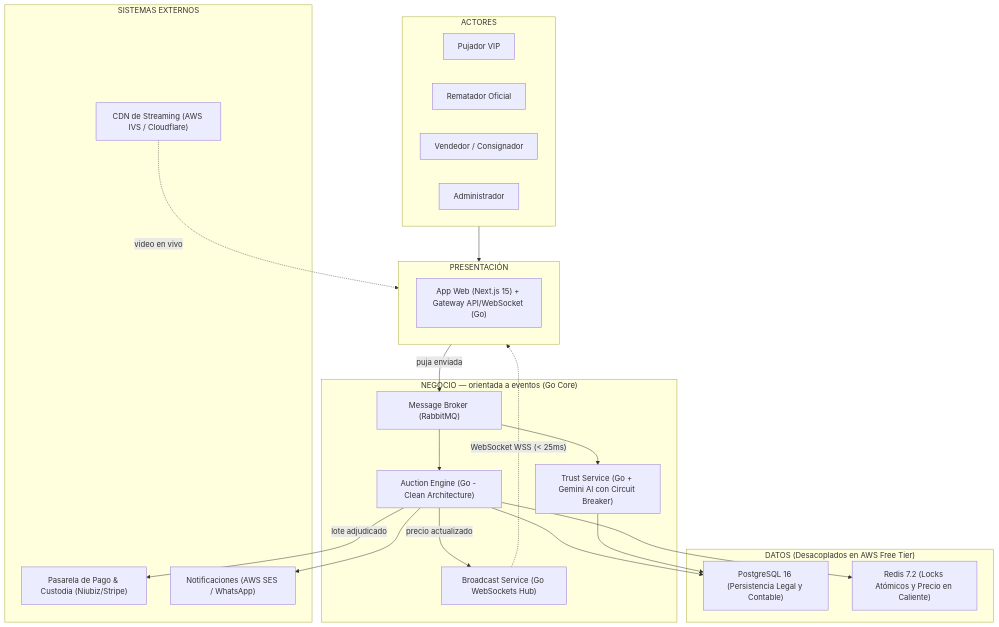
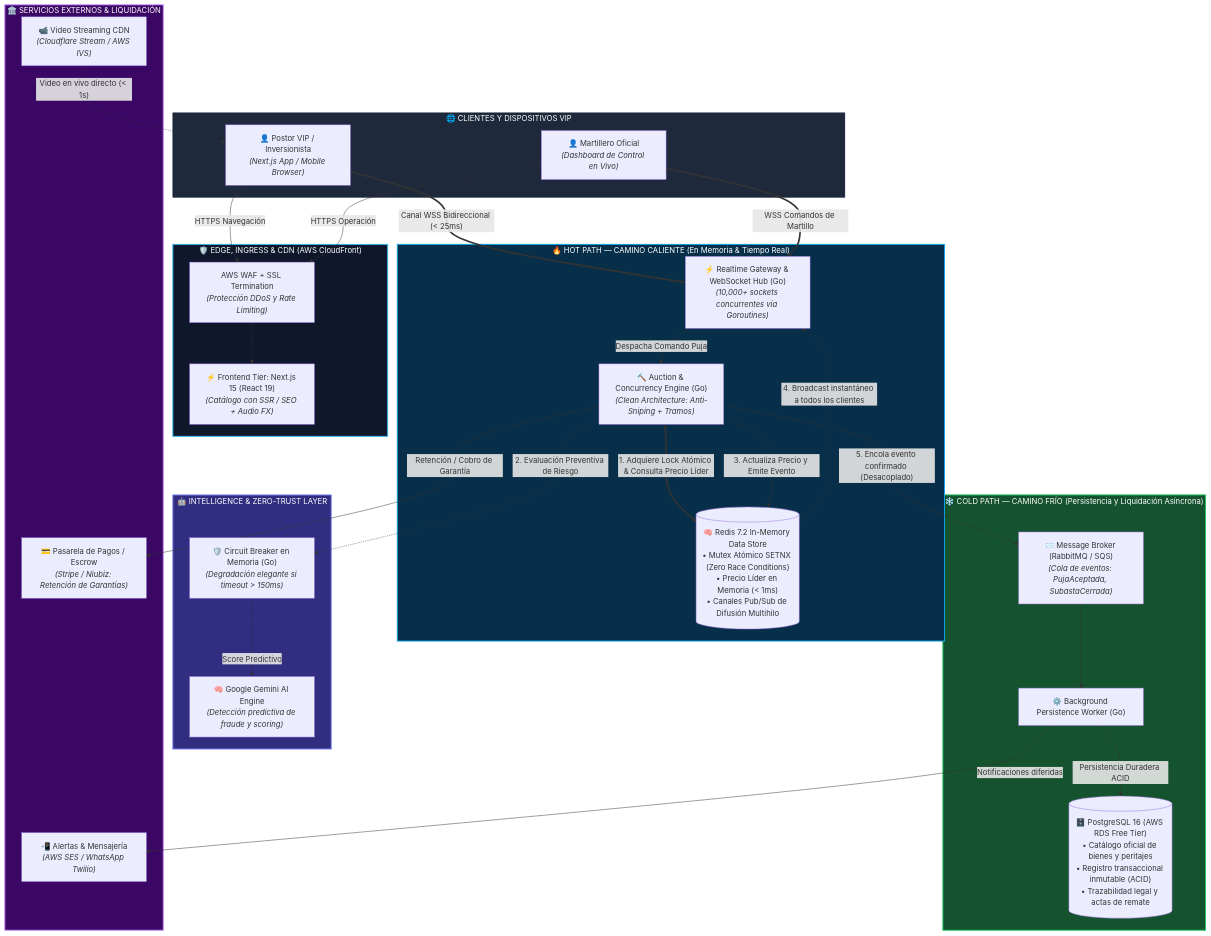
The diagram in docs/02-arquitectura-software/arquitectura-inicial.md (fxrl01/PlataformaSubastas-arquitSoft-02-Fernando), drawn with Mermaid before and after one commit. The commit also changed other lines of this file, not shown here.

Commit message:
docs(arch): redisenar arquitectura con topologia startup de alto rendimiento, Hot/Cold Path y AWS Edge

````diff
--- a/docs/02-arquitectura-software/arquitectura-inicial.md
+++ b/docs/02-arquitectura-software/arquitectura-inicial.md
@@ -18,62 +20,85 @@
 ```mermaid
 flowchart TD
     %% =========================
-    %% ACTORES
+    %% CLIENTES Y DISPOSITIVOS
     %% =========================
-    subgraph ACTORES["ACTORES"]
-        Pujador["Pujador VIP"]
-        Rematador["Rematador Oficial"]
-        Vendedor["Vendedor / Consignador"]
-        Admin["Administrador"]
+    subgraph CLIENTS["🌐 CLIENTES Y DISPOSITIVOS VIP"]
+        Bidder["👤 Postor VIP / Inversionista<br><i>(Next.js App / Mobile Browser)</i>"]
+        Auctioneer["👤 Martillero Oficial<br><i>(Dashboard de Control en Vivo)</i>"]
     end
 
     %% =========================
-    %% PRESENTACIÓN
+    %% PERÍMETRO Y EDGE (AWS)
     %% =========================
-    subgraph PRESENTACION["PRESENTACIÓN"]
-        Web["App Web (Next.js 15) + Gateway API/WebSocket (Go)"]
+    subgraph EDGE_LAYER["🛡️ EDGE, INGRESS & CDN (AWS CloudFront)"]
+        WAF["AWS WAF + SSL Termination<br><i>(Protección DDoS y Rate Limiting)</i>"]
+        NextSSR["⚡ Frontend Tier: Next.js 15 (React 19)<br><i>(Catálogo con SSR / SEO + Audio FX)</i>"]
     end
 
     %% =========================
-    %% NEGOCIO (orientada a eventos)
+    %% HOT PATH (TIEMPO REAL < 25ms)
     %% =========================
-    subgraph NEGOCIO["NEGOCIO — orientada a eventos (Go Core)"]
-        Broker["Message Broker (RabbitMQ)"]
-        AuctionEngine["Auction Engine (Go - Clean Architecture)"]
-        TrustService["Trust Service (Go + Gemini AI con Circuit Breaker)"]
-        Broadcast["Broadcast Service (Go WebSockets Hub)"]
+    subgraph HOT_PATH["🔥 HOT PATH — CAMINO CALIENTE (En Memoria & Tiempo Real)"]
+        WSHub["⚡ Realtime Gateway & WebSocket Hub (Go)<br><i>(10,000+ sockets concurrentes vía Goroutines)</i>"]
+        Engine["🔨 Auction & Concurrency Engine (Go)<br><i>(Clean Architecture: Anti-Sniping + Tramos)</i>"]
+        RedisCluster[("🧠 Redis 7.2 In-Memory Data Store<br>• Mutex Atómico SETNX (Zero Race Conditions)<br>• Precio Líder en Memoria (< 1ms)<br>• Canales Pub/Sub de Difusión Multihilo")]
     end
 
     %% =========================
-    %% DATOS
+    %% INTELLIGENCE & TRUST TIER
     %% =========================
-    subgraph DATOS["DATOS (Desacoplados en AWS Free Tier)"]
-        Postgres["PostgreSQL 16 (Persistencia Legal y Contable)"]
-        Redis["Redis 7.2 (Locks Atómicos y Precio en Caliente)"]
+    subgraph AI_TRUST["🤖 INTELLIGENCE & ZERO-TRUST LAYER"]
+        CircuitBreaker["🛡️ Circuit Breaker en Memoria (Go)<br><i>(Degradación elegante si timeout > 150ms)</i>"]
+        GeminiAI["🧠 Google Gemini AI Engine<br><i>(Detección predictiva de fraude y scoring)</i>"]
     end
 
     %% =========================
-    %% SISTEMAS EXTERNOS
+    %% COLD PATH (DURABILIDAD Y AUDITORÍA)
     %% =========================
-    subgraph EXTERNOS["SISTEMAS EXTERNOS"]
-        Pago["Pasarela de Pago & Custodia (Niubiz/Stripe)"]
-        CDN["CDN de Streaming (AWS IVS / Cloudflare)"]
-        Notif["Notificaciones (AWS SES / WhatsApp)"]
+    subgraph COLD_PATH["❄️ COLD PATH — CAMINO FRÍO (Persistencia y Liquidación Asíncrona)"]
+        Broker["📨 Message Broker (RabbitMQ / SQS)<br><i>(Cola de eventos: PujaAceptada, SubastaCerrada)</i>"]
+        AsyncWorker["⚙️ Background Persistence Worker (Go)"]
+        PostgresDB[("🗄️ PostgreSQL 16 (AWS RDS Free Tier)<br>• Catálogo oficial de bienes y peritajes<br>• Registro transaccional inmutable (ACID)<br>• Trazabilidad legal y actas de remate")]
     end
 
     %% =========================
-    %% FLUJO PRINCIPAL
+    %% INTEGRACIONES EXTERNAS
     %% =========================
-    ACTORES --> PRESENTACION
-    PRESENTACION -->|"puja enviada"| Broker
-    Broker --> AuctionEngine
-    Broker --> TrustService
-    AuctionEngine -->|"precio actualizado"| Broadcast
-    Broadcast -.->|"WebSocket WSS (< 25ms)"| PRESENTACION
-    AuctionEngine --> Postgres
-    AuctionEngine --> Redis
-    TrustService --> Postgres
-    AuctionEngine -->|"lote adjudicado"| Pago
-    AuctionEngine --> Notif
-    CDN -.->|"video en vivo"| PRESENTACION
+    subgraph EXTERNAL["🏛️ SERVICIOS EXTERNOS & LIQUIDACIÓN"]
+        PaymentEscrow["💳 Pasarela de Pagos / Escrow<br><i>(Stripe / Niubiz: Retención de Garantías)</i>"]
+        VideoCDN["📹 Video Streaming CDN<br><i>(Cloudflare Stream / AWS IVS)</i>"]
+        Notif["📲 Alertas & Mensajería<br><i>(AWS SES / WhatsApp Twilio)</i>"]
+    end
+
+    %% CONEXIONES Y FLUJOS
+    Bidder -->|"HTTPS Navegación"| WAF
+    Auctioneer -->|"HTTPS Operación"| WAF
+    WAF --> NextSSR
+    VideoCDN -.->|"Video en vivo directo (< 1s)"| Bidder
+
+    Bidder ==>|"Canal WSS Bidireccional (< 25ms)"| WSHub
+    Auctioneer ==>|"WSS Comandos de Martillo"| WSHub
+
+    WSHub -->|"Despacha Comando Puja"| Engine
+    Engine <==>|"1. Adquiere Lock Atómico & Consulta Precio Líder"| RedisCluster
+    Engine -.->|"2. Evaluación Preventiva de Riesgo"| CircuitBreaker
+    CircuitBreaker -->|"Score Predictivo"| GeminiAI
+
+    Engine -->|"3. Actualiza Precio y Emite Evento"| RedisCluster
+    RedisCluster -.->|"4. Broadcast instantáneo a todos los clientes"| WSHub
+
+    Engine -->|"5. Encola evento confirmado (Desacoplado)"| Broker
+    Broker --> AsyncWorker
+    AsyncWorker -->|"Persistencia Duradera ACID"| PostgresDB
+
+    Engine -->|"Retención / Cobro de Garantía"| PaymentEscrow
+    AsyncWorker -->|"Notificaciones diferidas"| Notif
+
+    %% ESTILOS VISUALES MODERNOS
+    style CLIENTS fill:#1E293B,stroke:#0F172A,color:#FFF
+    style EDGE_LAYER fill:#0F172A,stroke:#38BDF8,stroke-width:2px,color:#FFF
+    style HOT_PATH fill:#082F49,stroke:#0EA5E9,stroke-width:2px,color:#FFF
+    style AI_TRUST fill:#312E81,stroke:#818CF8,stroke-width:2px,color:#FFF
+    style COLD_PATH fill:#14532D,stroke:#22C55E,stroke-width:2px,color:#FFF
+    style EXTERNAL fill:#3B0764,stroke:#C084FC,stroke-width:2px,color:#FFF
 ```
````
